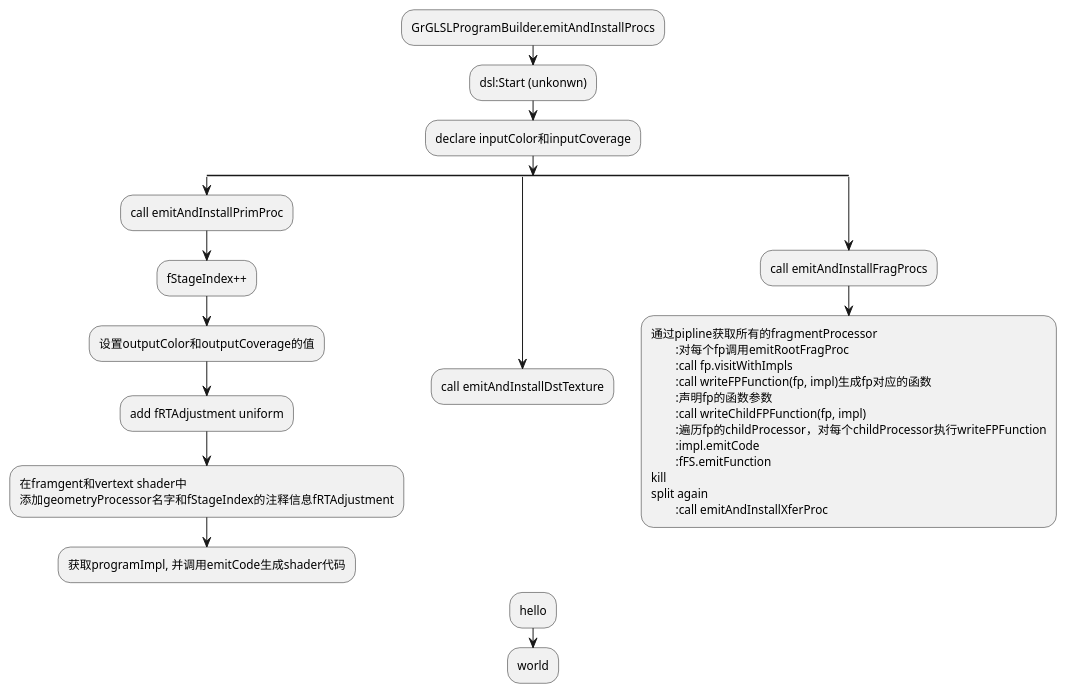
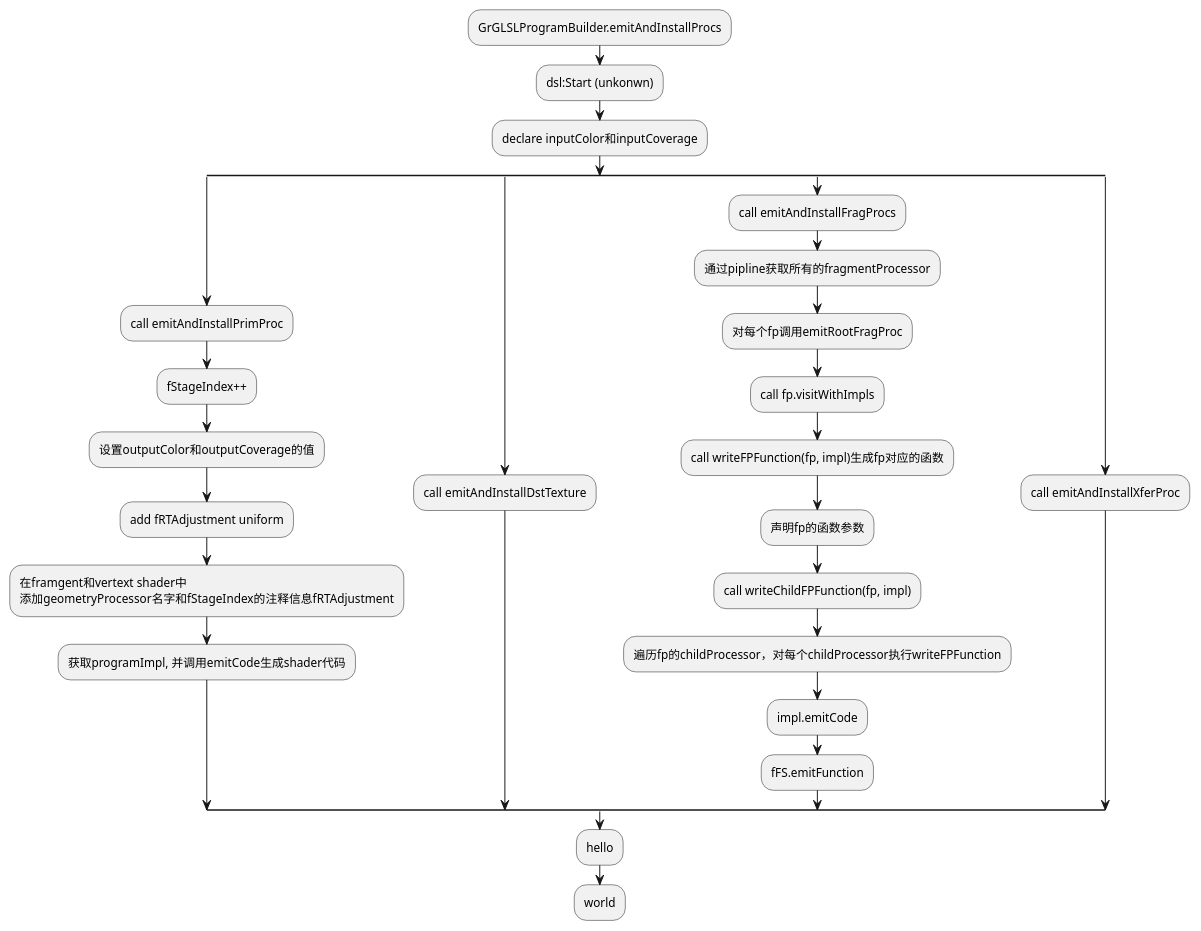
One commit to liuyanxing/note changed the diagram in skia/emitAndInstallProcs.puml. Above: the diagram before and after it, drawn with PlantUML.

Commit message:
add note

```diff
--- a/skia/emitAndInstallProcs.puml
+++ b/skia/emitAndInstallProcs.puml
@@ -1,35 +1,31 @@
 @startuml emitAndInstallProcs
 :GrGLSLProgramBuilder.emitAndInstallProcs;
 :dsl:Start (unkonwn);
 :declare inputColor和inputCoverage;
 split
 	:call emitAndInstallPrimProc;
 	:fStageIndex++;
 	:设置outputColor和outputCoverage的值;
 	:add fRTAdjustment uniform;
 	:在framgent和vertext shader中
 	添加geometryProcessor名字和fStageIndex的注释信息fRTAdjustment;
 	:获取programImpl, 并调用emitCode生成shader代码;
-kill
 split again
 	:call emitAndInstallDstTexture;
-kill
 split again
 	:call emitAndInstallFragProcs;
-	:通过pipline获取所有的fragmentProcessor
-	:对每个fp调用emitRootFragProc
-	:call fp.visitWithImpls
-	:call writeFPFunction(fp, impl)生成fp对应的函数
-	:声明fp的函数参数
-	:call writeChildFPFunction(fp, impl)
-	:遍历fp的childProcessor，对每个childProcessor执行writeFPFunction
-	:impl.emitCode
-	:fFS.emitFunction
-kill
+	:通过pipline获取所有的fragmentProcessor;
+	:对每个fp调用emitRootFragProc;
+	:call fp.visitWithImpls;
+	:call writeFPFunction(fp, impl)生成fp对应的函数;
+	:声明fp的函数参数;
+	:call writeChildFPFunction(fp, impl);
+	:遍历fp的childProcessor，对每个childProcessor执行writeFPFunction;
+	:impl.emitCode;
+	:fFS.emitFunction;
 split again
 	:call emitAndInstallXferProc;
-kill
 end split
 :hello;
 :world;
 @enduml
```
